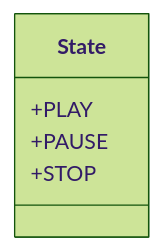
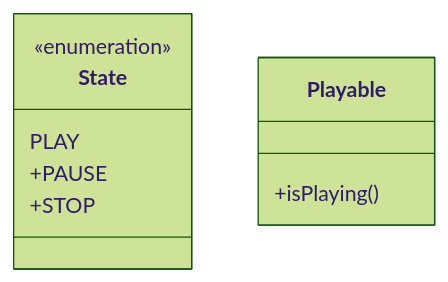
Before and after one commit to stridecolossus/JOVE: the diagram in docs/blog/part-4-models/render-loop.md, drawn with Mermaid (forest theme).

````diff
--- a/docs/blog/part-4-models/render-loop.md
+++ b/docs/blog/part-4-models/render-loop.md
@@ -336,8 +336,14 @@
 ```mermaid
 classDiagram
 
 class State
-State : +PLAY
+<<enumeration>> State
+State : PLAY
 State : +PAUSE
 State : +STOP
+
+class Playable {
+    +isPlaying()
+}
+
 ```
````
